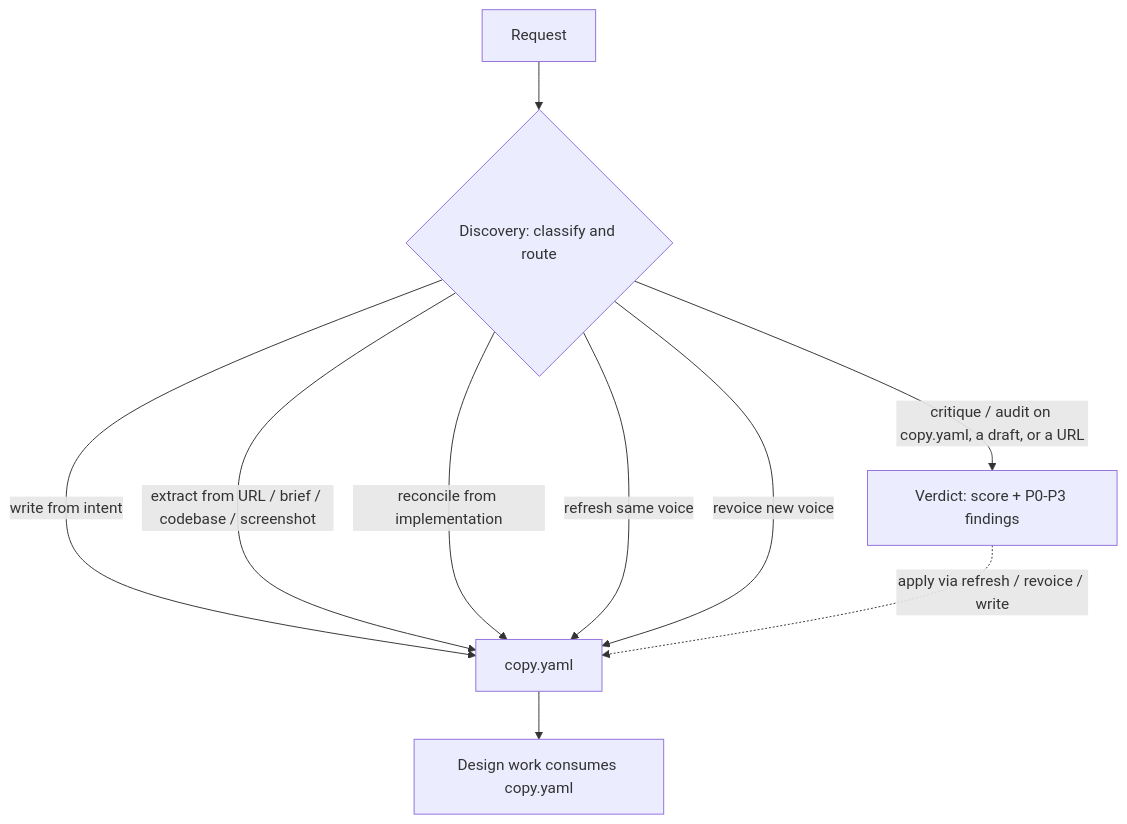
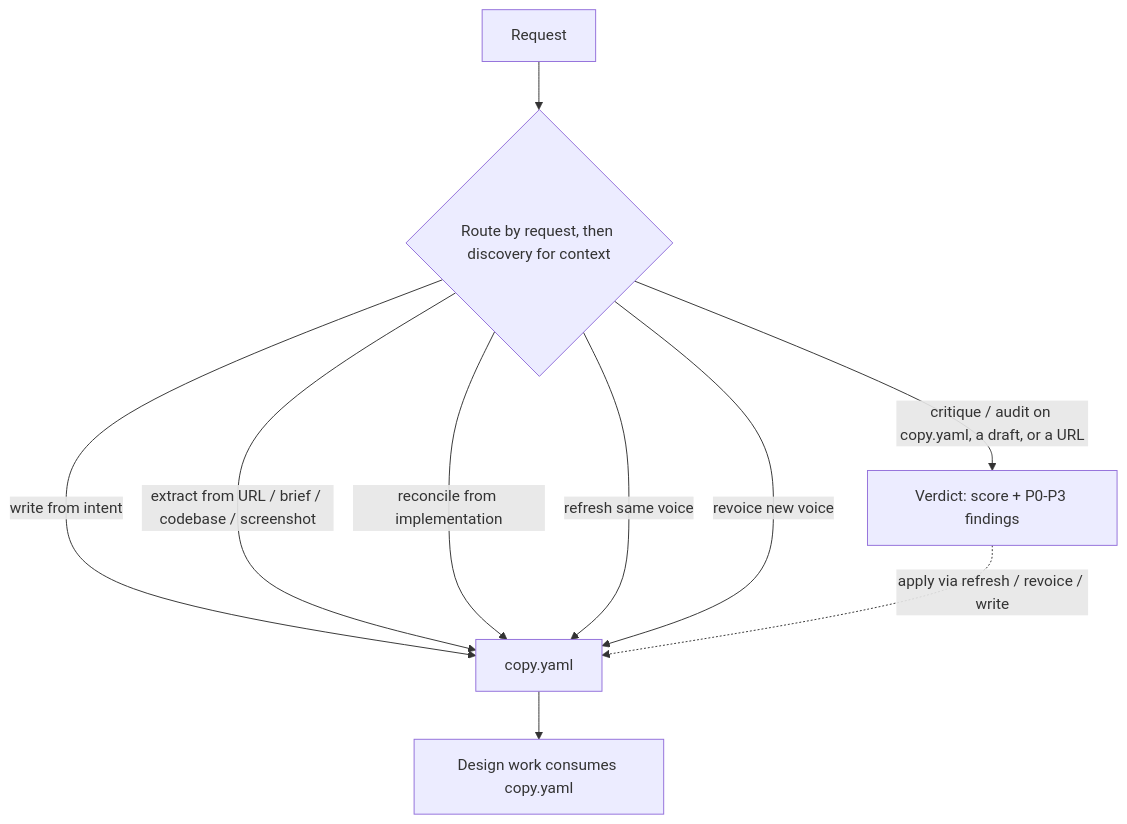
Before and after one commit to adeonir/agent-skills: the diagram in skills/product/copywriting/README.md, drawn with Mermaid. The commit also changed other lines of this file and 10 other files, not shown here.

````diff
--- a/skills/product/copywriting/README.md
+++ b/skills/product/copywriting/README.md
@@ -7,12 +7,12 @@
 ```mermaid
 flowchart TD
-    R[Request] --> DSC{Discovery: classify and route}
+    R[Request] --> DSC{Route by request, then discovery for context}
     DSC -->|write from intent| B[copy.yaml]
     DSC -->|extract from URL / brief / codebase / screenshot| B
     DSC -->|reconcile from implementation| B
     DSC -->|refresh same voice| B
     DSC -->|revoice new voice| B
     DSC -->|critique / audit on copy.yaml, a draft, or a URL| V[Verdict: score + P0-P3 findings]
     V -.->|apply via refresh / revoice / write| B
     B --> D[Design work consumes copy.yaml]
 ```
````
